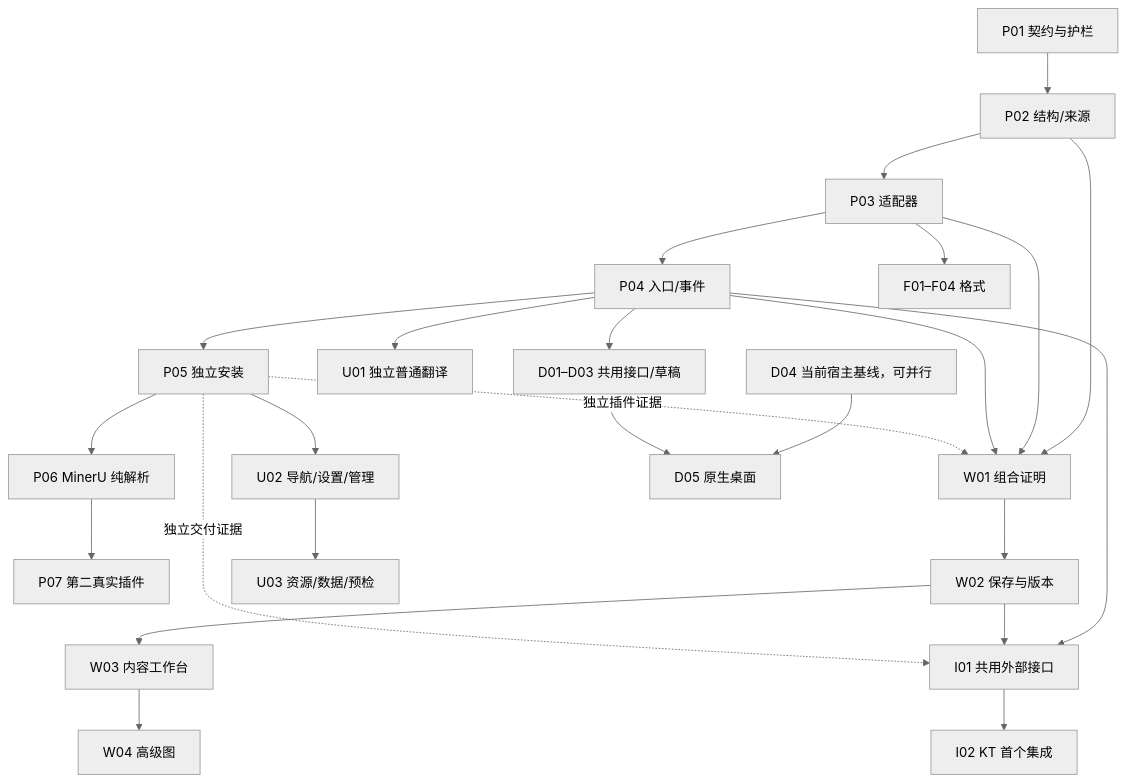
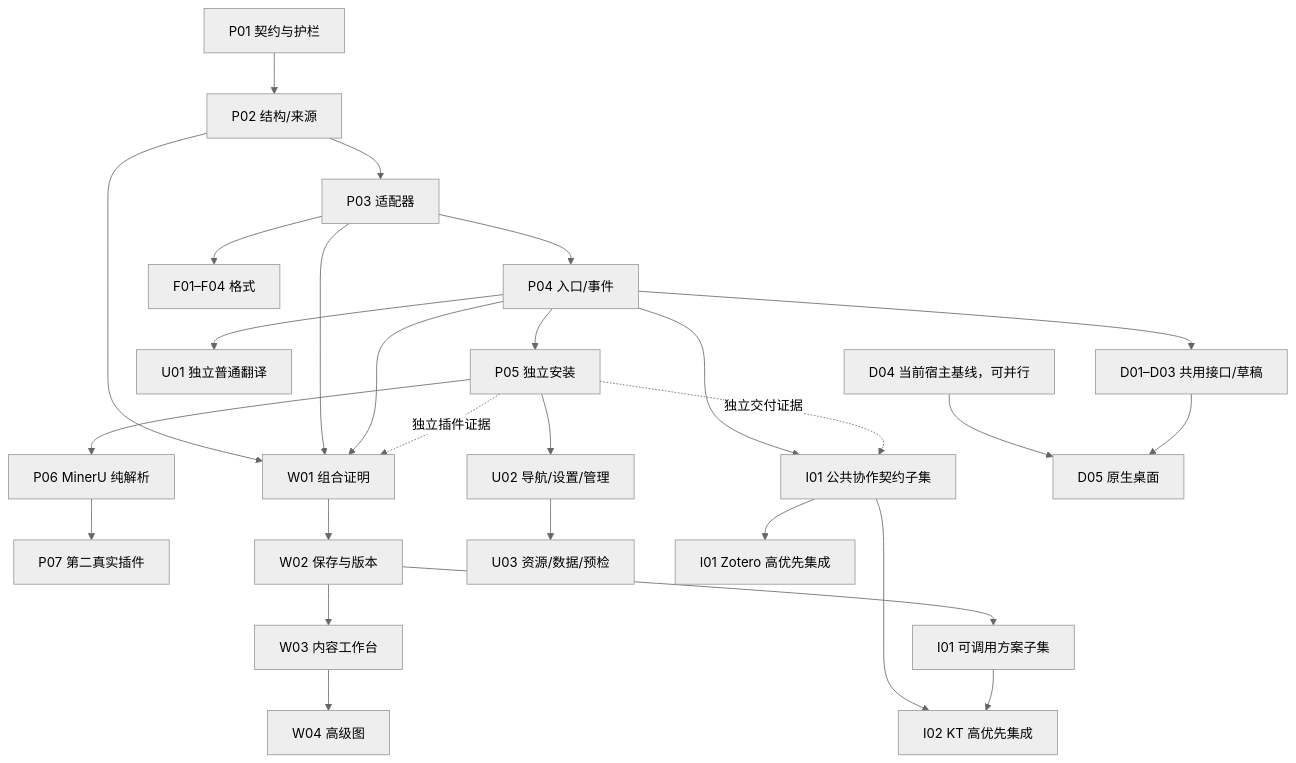
One commit to KongouAirlines/ivoraige changed the diagram in docs/plan/0.1.x/README.md. Above: the diagram before and after it, drawn with Mermaid (neutral theme). The commit also changed other lines of this file and 6 other files, not shown here.

````diff
--- a/docs/plan/0.1.x/README.md
+++ b/docs/plan/0.1.x/README.md
@@ -28,27 +28,29 @@
 ```mermaid
 flowchart TD
   P01["P01 契约与护栏"] --> P02["P02 结构/来源"]
   P02 --> P03["P03 适配器"]
   P03 --> P04["P04 入口/事件"]
   P04 --> P05["P05 独立安装"]
   P05 --> P06["P06 MinerU 纯解析"]
   P06 --> P07["P07 第二真实插件"]
   P02 --> W01["W01 组合证明"]
   P03 --> W01
   P04 --> W01
   P05 -. "独立插件证据" .-> W01
   W01 --> W02["W02 保存与版本"]
   W02 --> W03["W03 内容工作台"]
   W03 --> W04["W04 高级图"]
   P04 --> U01["U01 独立普通翻译"]
   P05 --> U02["U02 导航/设置/管理"]
   U02 --> U03["U03 资源/数据/预检"]
   P03 --> Formats["F01–F04 格式"]
-  P04 --> I01["I01 共用外部接口"]
-  W02 --> I01
-  I01 --> I02["I02 KT 首个集成"]
-  P05 -. "独立交付证据" .-> I01
+  P04 --> SharedAPI["I01 公共协作契约子集"]
+  W02 --> Callable["I01 可调用方案子集"]
+  SharedAPI --> I01["I01 Zotero 高优先集成"]
+  SharedAPI --> I02["I02 KT 高优先集成"]
+  Callable --> I02
+  P05 -. "独立交付证据" .-> SharedAPI
   D04["D04 当前宿主基线，可并行"] --> D05["D05 原生桌面"]
   P04 --> Desktop["D01–D03 共用接口/草稿"]
   Desktop --> D05
 ```
````
